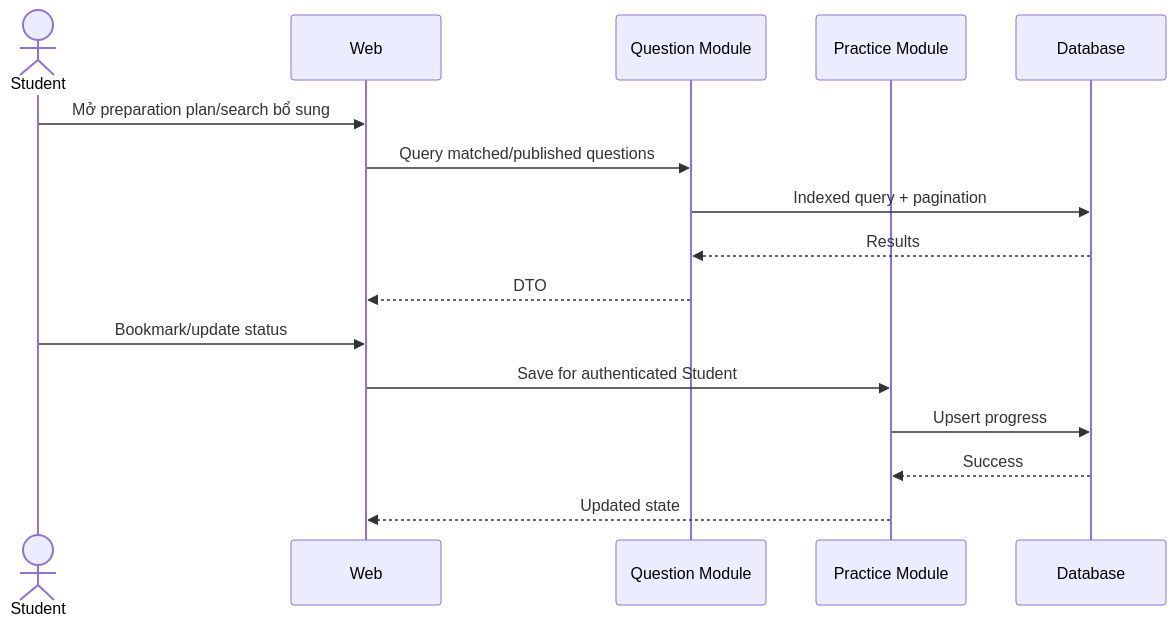
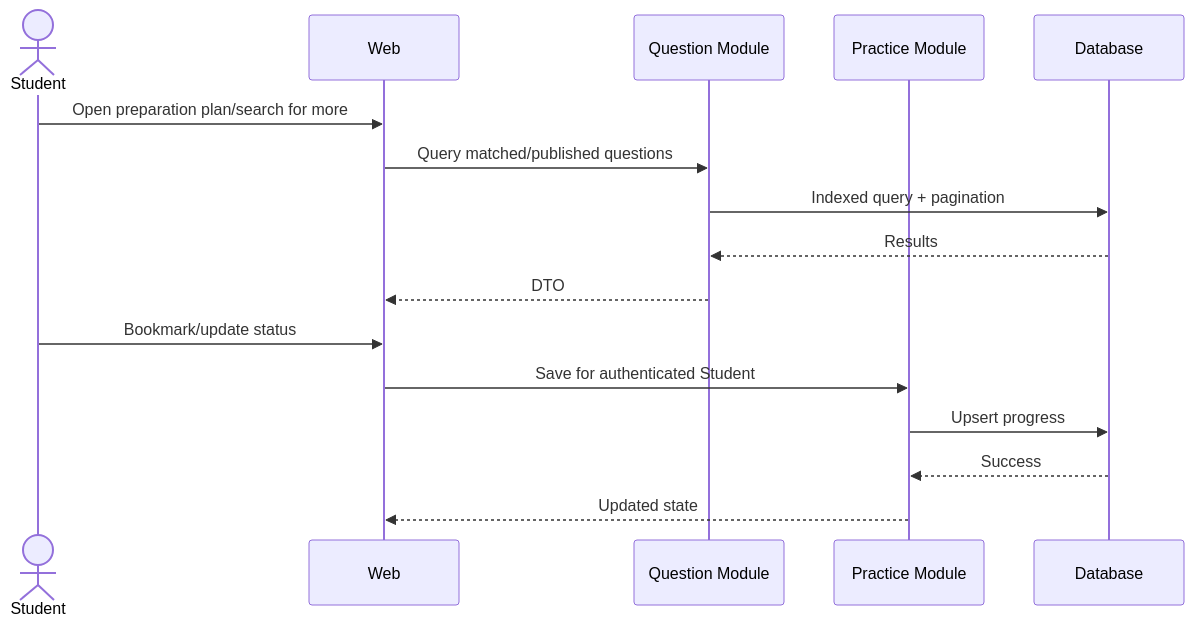
One commit to tnnhuaa/InterviewQuestionBank changed the fifth of 7 diagrams in docs/Project_Architecture/software_architecture.md. Above: the diagram before and after it, drawn with Mermaid. The commit also changed other lines of this file and 19 other files, not shown here.

````diff
--- a/docs/Project_Architecture/software_architecture.md
+++ b/docs/Project_Architecture/software_architecture.md
@@ -280,18 +280,18 @@
-```mermaid
+~~~mermaid
 sequenceDiagram
     actor S as Student
     participant W as Web
     participant Q as Question Module
     participant P as Practice Module
     participant D as Database
-    S->>W: Mở preparation plan/search bổ sung
+    S->>W: Open preparation plan/search for more
     W->>Q: Query matched/published questions
     Q->>D: Indexed query + pagination
     D-->>Q: Results
     Q-->>W: DTO
     S->>W: Bookmark/update status
     W->>P: Save for authenticated Student
     P->>D: Upsert progress
     D-->>P: Success
     P-->>W: Updated state
-```
+~~~
````
